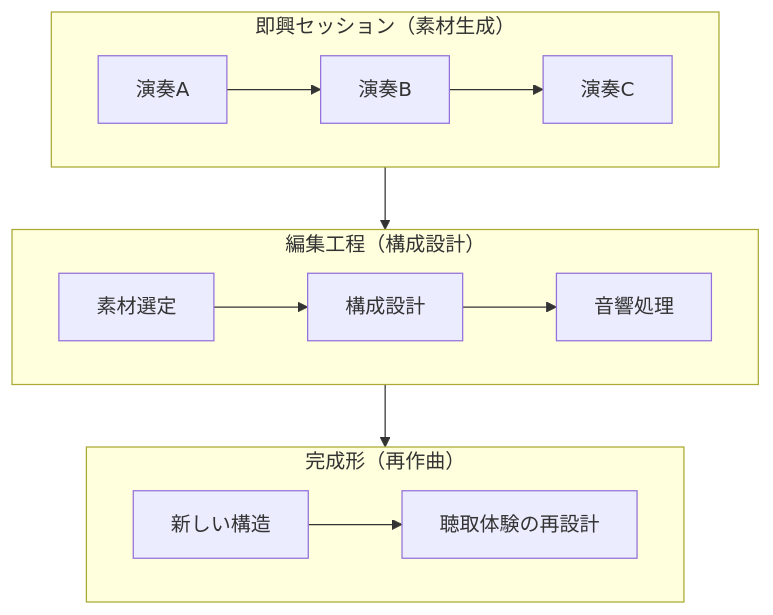
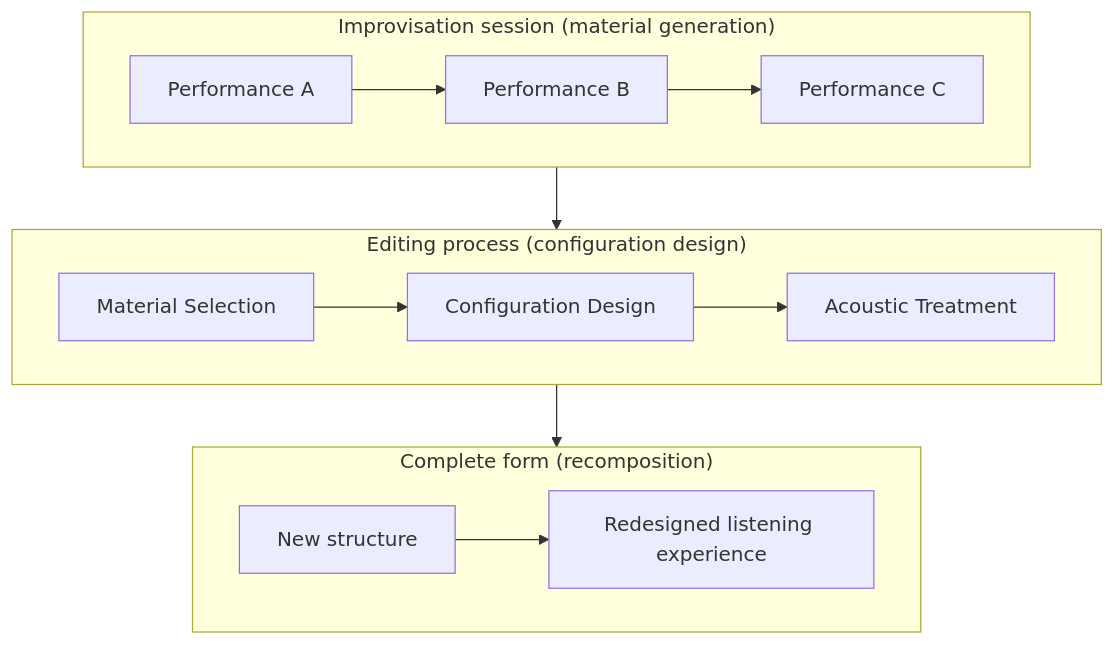
The sixth of 12 diagrams in en/_posts/2025-10-28-column-macero-miles.md (monumental-movement/monumental-movement.github.io), drawn with Mermaid before and after one commit. The commit also changed other lines of this file and 1719 other files, not shown here.

```diff
--- a/en/_posts/2025-10-28-column-macero-miles.md
+++ b/en/_posts/2025-10-28-column-macero-miles.md
@@ -281,15 +288,15 @@
 <div class="mermaid">
 
 graph TD
-    subgraph Improvisation["即興セッション（素材生成）"]
-        A1["演奏A"] --> A2["演奏B"] --> A3["演奏C"]
-    end
-    subgraph Editing["編集工程（構成設計）"]
-        B1["素材選定"] --> B2["構成設計"] --> B3["音響処理"]
-    end
-    subgraph Composition["完成形（再作曲）"]
-        C1["新しい構造"] --> C2["聴取体験の再設計"]
-    end
-    Improvisation --> Editing --> Composition
+subgraph Improvisation["Improvisation session (material generation)"]
+A1["Performance A"] --> A2["Performance B"] --> A3["Performance C"]
+end
+subgraph Editing["Editing process (configuration design)"]
+B1["Material Selection"] --> B2["Configuration Design"] --> B3["Acoustic Treatment"]
+end
+subgraph Composition["Complete form (recomposition)"]
+C1["New structure"] --> C2["Redesigned listening experience"]
+end
+Improvisation --> Editing --> Composition
 
 </div>
```
